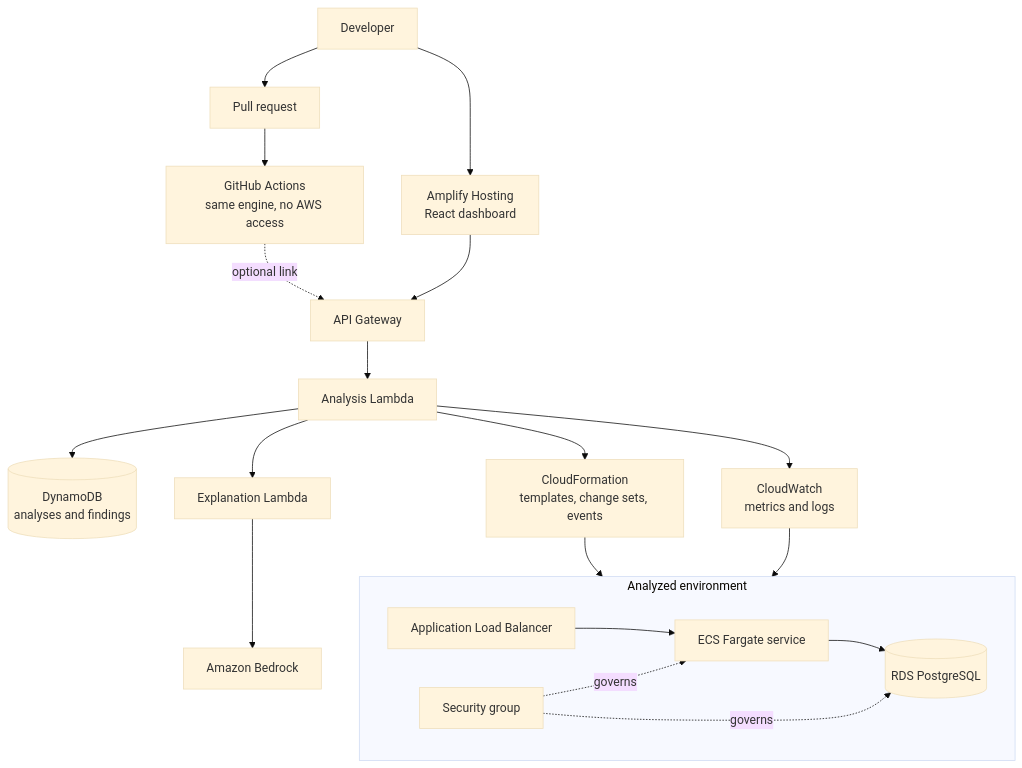
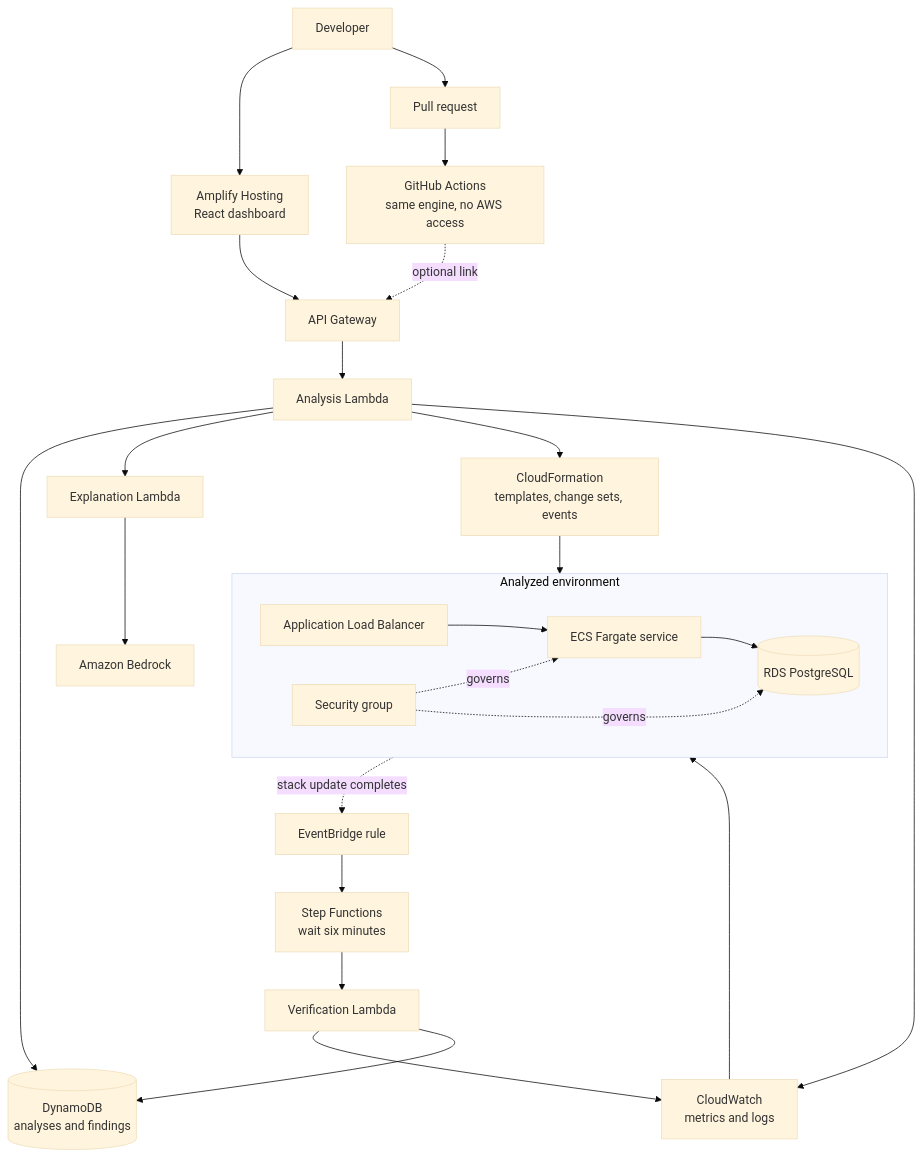
Before and after one commit to gowtham472/adi: the third of 4 diagrams in README.md, drawn with Mermaid (base theme). The commit also changed other lines of this file and 1 other file, not shown here.

First line of the commit message:
docs: document automatic verification

````diff
--- a/README.md
+++ b/README.md
@@ -164,23 +165,28 @@
 ```mermaid
 flowchart TD
     U[Developer] --> W[Amplify Hosting<br/>React dashboard]
     U --> PR[Pull request]
     PR --> GA[GitHub Actions<br/>same engine, no AWS access]
     GA -.optional link.-> AG
     W --> AG[API Gateway]
     AG --> L[Analysis Lambda]
     L --> DD[(DynamoDB<br/>analyses and findings)]
     L --> EXL[Explanation Lambda]
     EXL --> BR[Amazon Bedrock]
     L --> CFN[CloudFormation<br/>templates, change sets, events]
     L --> CWA[CloudWatch<br/>metrics and logs]
     CFN --> DEMO
     CWA --> DEMO
+    DEMO -.stack update completes.-> EB[EventBridge rule]
+    EB --> SF[Step Functions<br/>wait six minutes]
+    SF --> AV[Verification Lambda]
+    AV --> CWA
+    AV --> DD
 
     subgraph DEMO [Analyzed environment]
         ALB[Application Load Balancer] --> ECS[ECS Fargate service]
         ECS --> RDS[(RDS PostgreSQL)]
         SG[Security group] -.governs.-> ECS
         SG -.governs.-> RDS
     end
 ```
````
